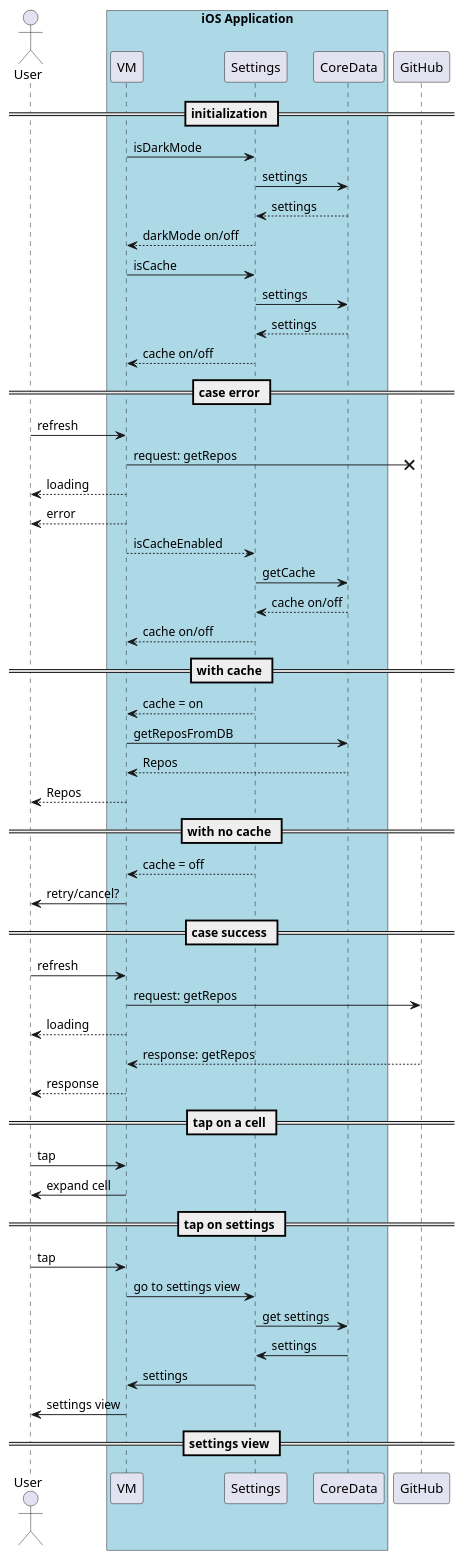
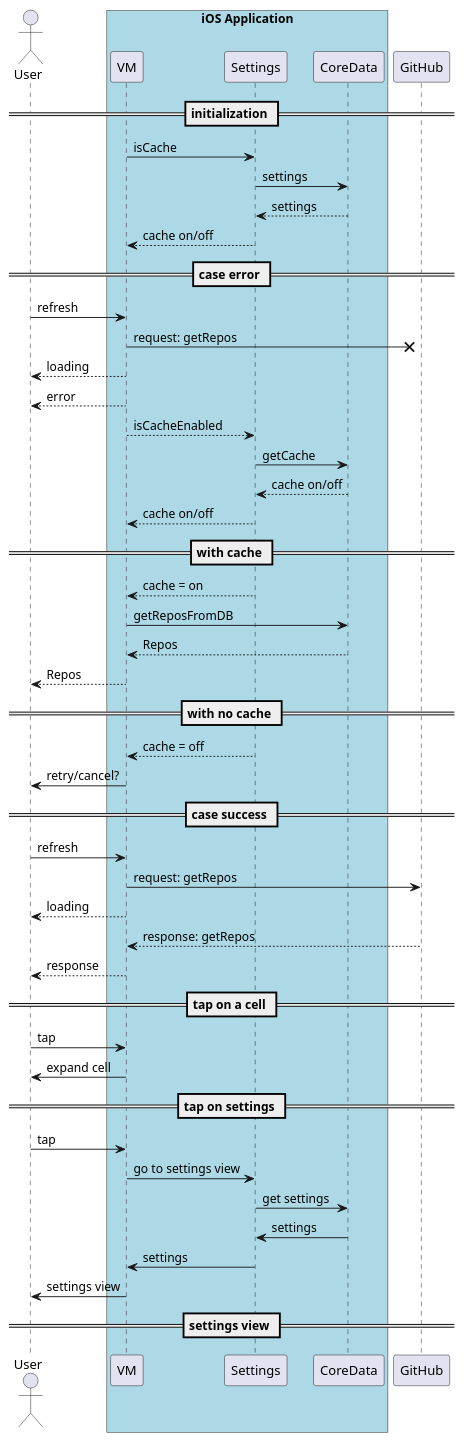
One commit to southfox/SwiftUIGitHubClient changed the third of 3 diagrams in README.md. Above: the diagram before and after it, drawn with PlantUML. The commit also changed other lines of this file and 11 other files, not shown here.

````diff
--- a/README.md
+++ b/README.md
@@ -124,58 +124,53 @@
 ```plantuml
 @startuml
 actor User
 box "iOS Application" #LightBlue
 participant VM
 participant Settings
 participant CoreData
 end box
 participant GitHub
 
 == initialization ==
-VM -> Settings: isDarkMode
-Settings -> CoreData: settings
-CoreData --> Settings: settings
-Settings --> VM: darkMode on/off
-
 VM -> Settings: isCache
 Settings -> CoreData: settings
 CoreData --> Settings: settings
 Settings --> VM: cache on/off
 
 == case error ==
 User -> VM : refresh
 VM ->x GitHub : request: getRepos
 VM --> User: loading
 VM --> User: error
 VM --> Settings: isCacheEnabled
 Settings -> CoreData: getCache
 CoreData --> Settings: cache on/off
 Settings --> VM: cache on/off
 == with cache ==
 Settings --> VM: cache = on
 VM -> CoreData: getReposFromDB
 CoreData --> VM: Repos
 VM --> User: Repos
 == with no cache ==
 Settings --> VM: cache = off
 VM -> User: retry/cancel?
 == case success ==
 User -> VM : refresh
 VM -> GitHub : request: getRepos
 VM --> User: loading
 GitHub --> VM : response: getRepos
 VM --> User: response
 == tap on a cell ==
 User -> VM : tap
 VM -> User: expand cell
 == tap on settings ==
 User -> VM : tap
 VM -> Settings: go to settings view
 Settings -> CoreData: get settings
 CoreData -> Settings: settings
 Settings -> VM: settings
 VM -> User: settings view
 == settings view ==
 
 @enduml
 ```
````
